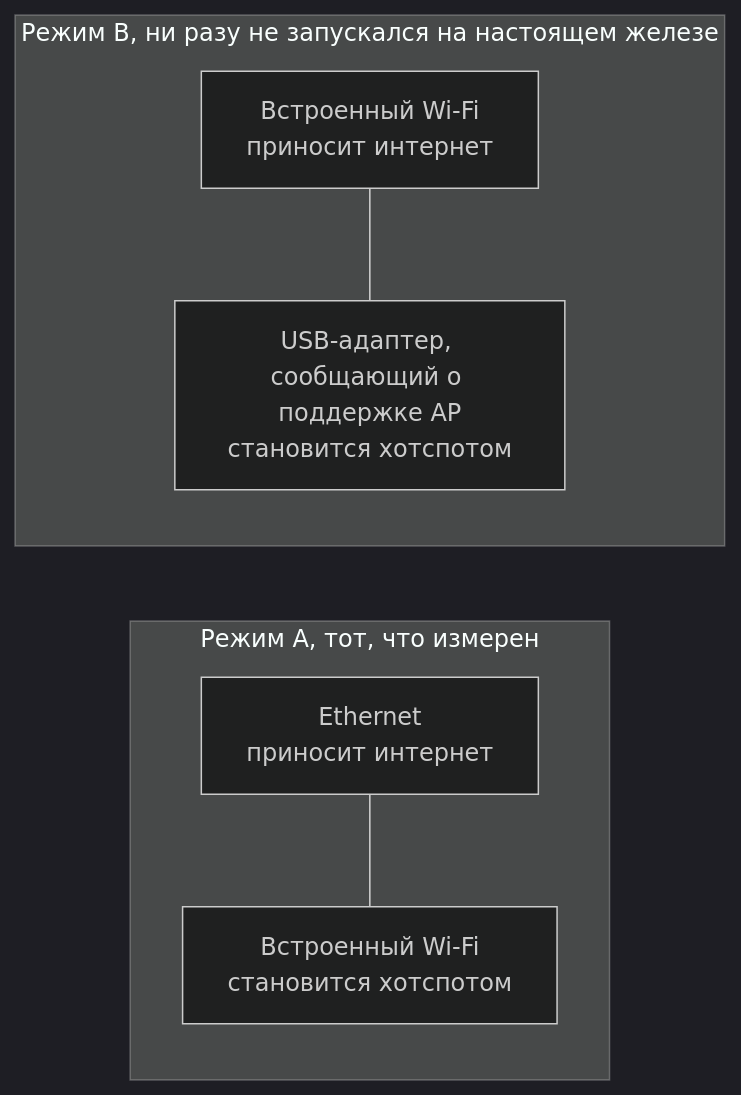
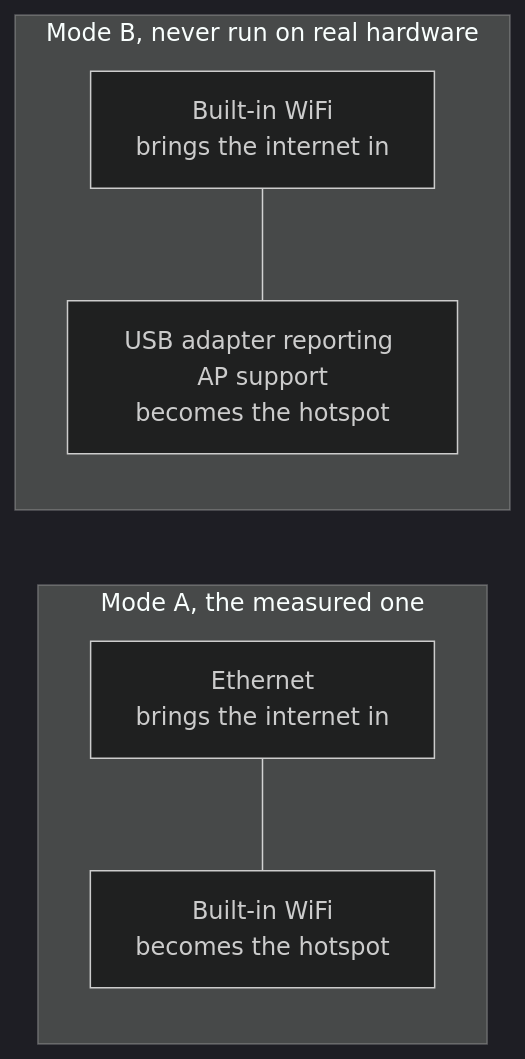
Before and after one commit to Iman/caspian: the diagram in docs/wiki/Getting-Started.ru.md, drawn with Mermaid (dark theme). The commit also changed other lines of this file and 149 other files, not shown here.

````diff
--- a/docs/wiki/Getting-Started.ru.md
+++ b/docs/wiki/Getting-Started.ru.md
@@ -55,9 +62,9 @@
 ```mermaid
 flowchart LR
-    subgraph modea["Режим A, тот, что измерен"]
-        A1["Ethernet<br/>приносит интернет"] --- A2["Встроенный Wi-Fi<br/>становится хотспотом"]
+    subgraph modea["Mode A, the measured one"]
+        A1["Ethernet<br/>brings the internet in"] --- A2["Built-in WiFi<br/>becomes the hotspot"]
     end
-    subgraph modeb["Режим B, ни разу не запускался на настоящем железе"]
-        B1["Встроенный Wi-Fi<br/>приносит интернет"] --- B2["USB-адаптер, сообщающий о поддержке AP<br/>становится хотспотом"]
+    subgraph modeb["Mode B, never run on real hardware"]
+        B1["Built-in WiFi<br/>brings the internet in"] --- B2["USB adapter reporting AP support<br/>becomes the hotspot"]
     end
 ```
````
